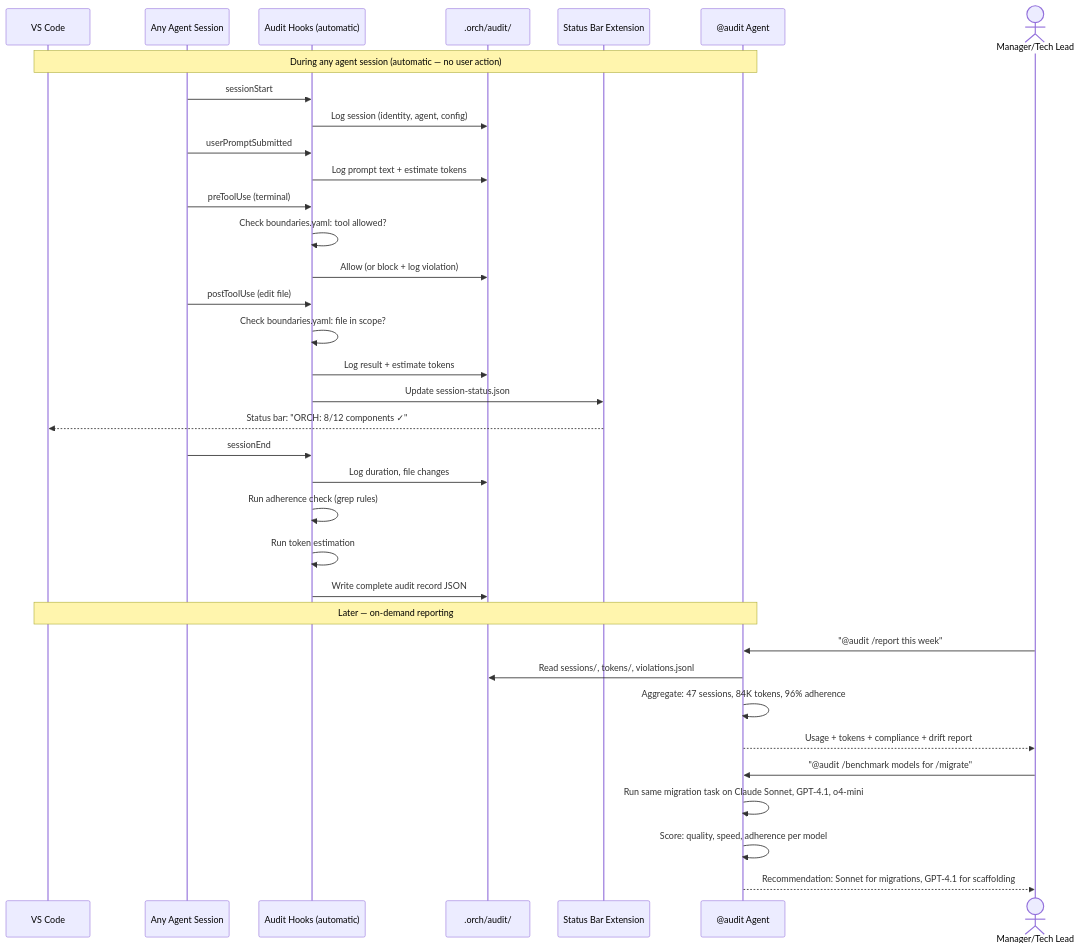
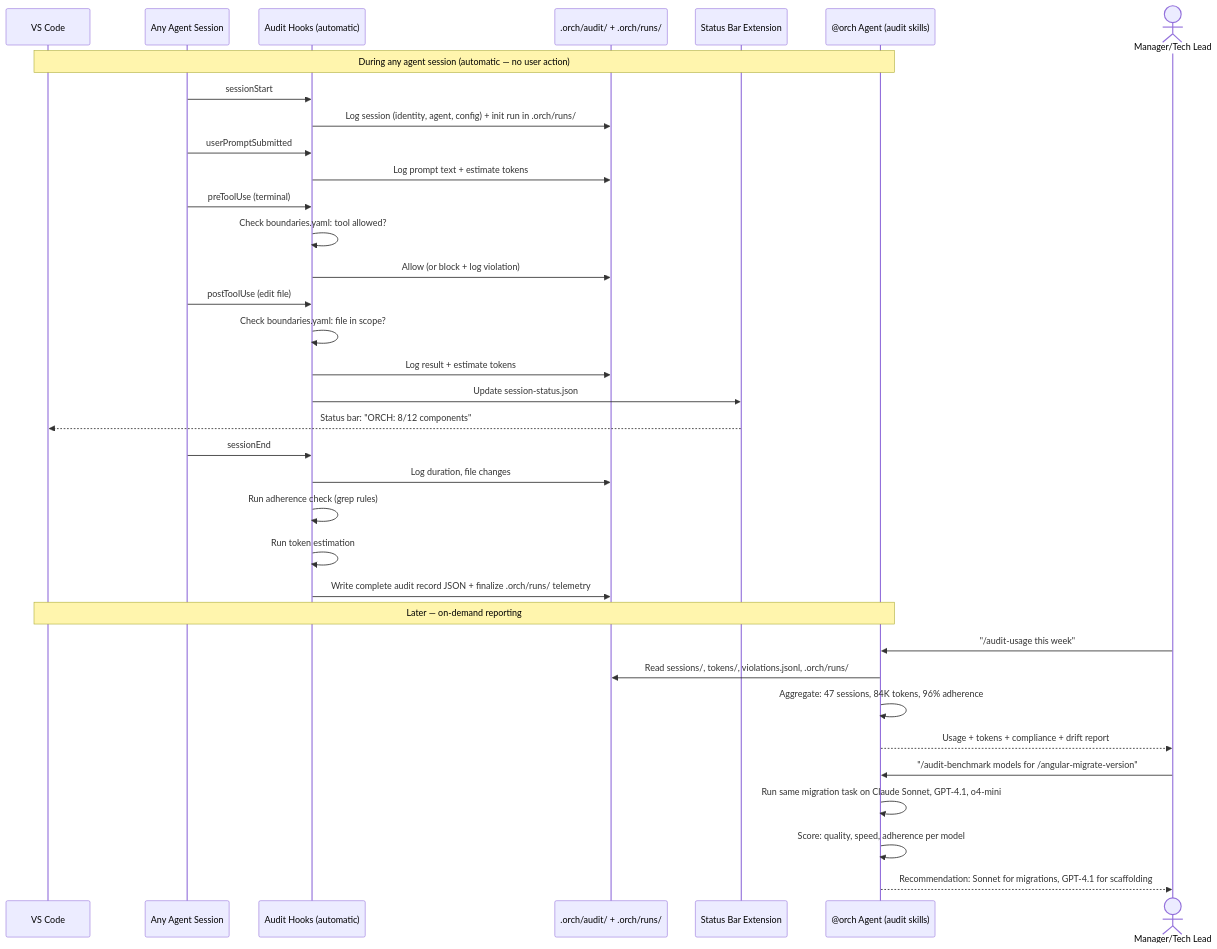
The fifth of 6 diagrams in docs/prd.md (oneinthebox/vscode-ghcp-agents), drawn with Mermaid before and after one commit. The commit also changed other lines of this file and 11 other files, not shown here.

````diff
--- a/docs/prd.md
+++ b/docs/prd.md
@@ -649,47 +704,47 @@
 ```mermaid
 sequenceDiagram
     participant VS as VS Code
     participant AG as Any Agent Session
     participant HK as Audit Hooks (automatic)
-    participant ST as .orch/audit/
+    participant ST as .orch/audit/ + .orch/runs/
     participant SB as Status Bar Extension
-    participant AU as @audit Agent
+    participant AU as @orch Agent (audit skills)
 
     Note over VS,AU: During any agent session (automatic — no user action)
 
     AG->>HK: sessionStart
-    HK->>ST: Log session (identity, agent, config)
+    HK->>ST: Log session (identity, agent, config) + init run in .orch/runs/
 
     AG->>HK: userPromptSubmitted
     HK->>ST: Log prompt text + estimate tokens
 
     AG->>HK: preToolUse (terminal)
     HK->>HK: Check boundaries.yaml: tool allowed?
     HK->>ST: Allow (or block + log violation)
 
     AG->>HK: postToolUse (edit file)
     HK->>HK: Check boundaries.yaml: file in scope?
     HK->>ST: Log result + estimate tokens
     HK->>SB: Update session-status.json
 
-    SB-->>VS: Status bar: "ORCH: 8/12 components ✓"
+    SB-->>VS: Status bar: "ORCH: 8/12 components"
 
     AG->>HK: sessionEnd
     HK->>ST: Log duration, file changes
     HK->>HK: Run adherence check (grep rules)
     HK->>HK: Run token estimation
-    HK->>ST: Write complete audit record JSON
+    HK->>ST: Write complete audit record JSON + finalize .orch/runs/ telemetry
 
     Note over VS,AU: Later — on-demand reporting
 
     actor Mgr as Manager/Tech Lead
-    Mgr->>AU: "@audit /report this week"
-    AU->>ST: Read sessions/, tokens/, violations.jsonl
+    Mgr->>AU: "/audit-usage this week"
+    AU->>ST: Read sessions/, tokens/, violations.jsonl, .orch/runs/
     AU->>AU: Aggregate: 47 sessions, 84K tokens, 96% adherence
     AU-->>Mgr: Usage + tokens + compliance + drift report
 
-    Mgr->>AU: "@audit /benchmark models for /migrate"
+    Mgr->>AU: "/audit-benchmark models for /angular-migrate-version"
     AU->>AU: Run same migration task on Claude Sonnet, GPT-4.1, o4-mini
     AU->>AU: Score: quality, speed, adherence per model
     AU-->>Mgr: Recommendation: Sonnet for migrations, GPT-4.1 for scaffolding
 ```
````
